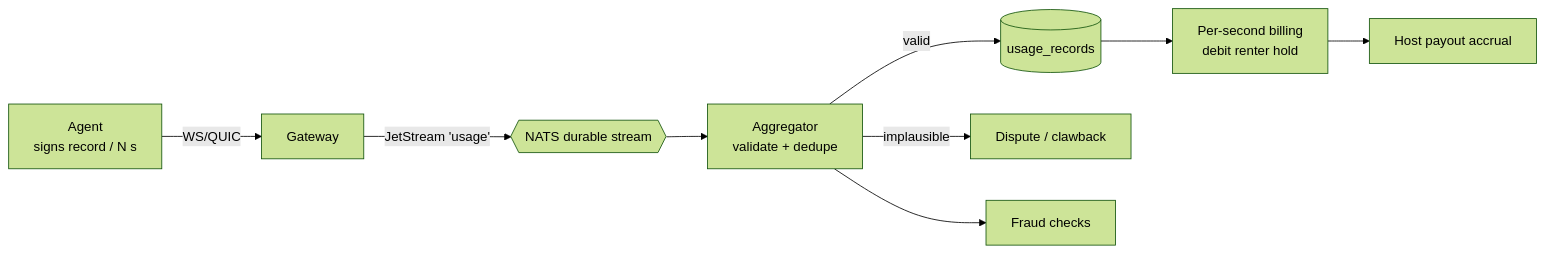
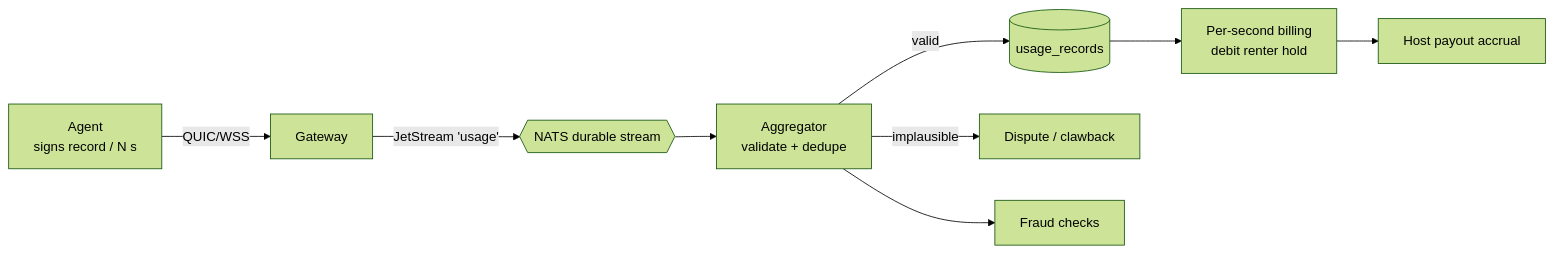
One commit to Zarlanx/loom changed the third of 3 diagrams in docs/platform/control-plane.md. Above: the diagram before and after it, drawn with Mermaid (forest theme). The commit also changed other lines of this file and 2 other files, not shown here.

Commit message:
review: verification pass — factual corrections, link and mermaid fixes

````diff
--- a/docs/platform/control-plane.md
+++ b/docs/platform/control-plane.md
@@ -253,11 +253,11 @@
 ```mermaid
 flowchart LR
-  A[Agent<br/>signs record / N s] -->|WS/QUIC| G[Gateway]
+  A[Agent<br/>signs record / N s] -->|QUIC/WSS| G[Gateway]
   G -->|JetStream 'usage'| Q{{NATS durable stream}}
   Q --> AGG[Aggregator<br/>validate + dedupe]
   AGG -->|valid| PG[(usage_records)]
   AGG -->|implausible| DISP[Dispute / clawback]
   PG --> BILL[Per-second billing<br/>debit renter hold]
   BILL --> PAY[Host payout accrual]
   AGG --> FRAUD[Fraud checks]
 ```
````
